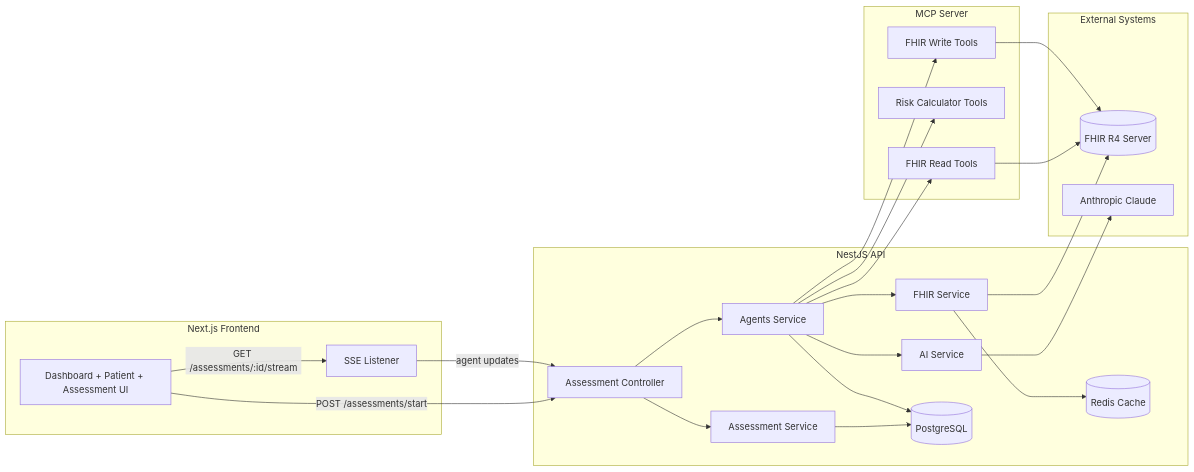
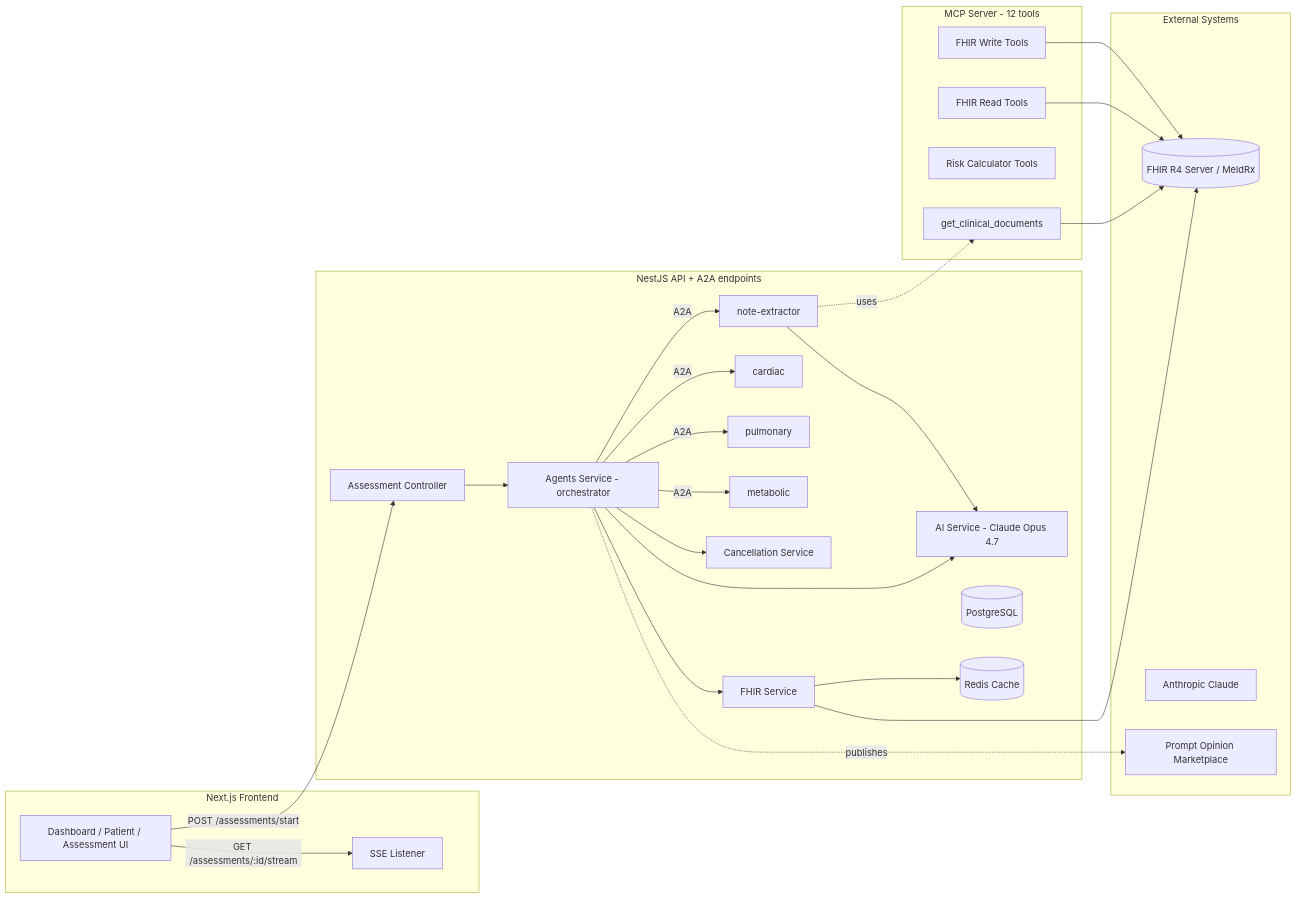
The diagram in README.md (yatinkalra22/preop-intel), drawn with Mermaid before and after one commit. The commit also changed other lines of this file and 5 other files, not shown here.

Commit message:
docs: add ARCHITECTURE, SETUP, TESTING, and DEPLOY standard docs

````diff
--- a/README.md
+++ b/README.md
@@ -7,51 +17,50 @@
 ```mermaid
 flowchart LR
     subgraph Frontend[Next.js Frontend]
-      UI[Dashboard + Patient + Assessment UI]
+      UI[Dashboard / Patient / Assessment UI]
       SSE[SSE Listener]
     end
 
-    subgraph Backend[NestJS API]
+    subgraph Backend[NestJS API + A2A endpoints]
       AC[Assessment Controller]
-      AS[Assessment Service]
-      AG[Agents Service]
-      AI[AI Service]
+      AG[Agents Service - orchestrator]
+      NX[note-extractor]
+      CD[cardiac]
+      PL[pulmonary]
+      MB[metabolic]
+      AI[AI Service - Claude Opus 4.7]
+      CN[Cancellation Service]
       FH[FHIR Service]
       DB[(PostgreSQL)]
       RD[(Redis Cache)]
     end
 
-    subgraph MCP[MCP Server]
+    subgraph MCP[MCP Server - 12 tools]
+      DOC[get_clinical_documents]
       RT[FHIR Read Tools]
       CT[Risk Calculator Tools]
       WT[FHIR Write Tools]
     end
 
     subgraph External[External Systems]
-      FS[(FHIR R4 Server)]
+      FS[(FHIR R4 Server / MeldRx)]
       AN[Anthropic Claude]
+      MK[Prompt Opinion Marketplace]
     end
 
     UI -->|POST /assessments/start| AC
     UI -->|GET /assessments/:id/stream| SSE
-    SSE -->|agent updates| AC
-
-    AC --> AS
-    AS --> DB
     AC --> AG
-
+    AG -- A2A --> NX & CD & PL & MB
+    AG --> AI
+    AG --> CN
+    NX --> AI
     AG --> FH
     FH --> RD
     FH --> FS
-
-    AG --> AI
-    AI --> AN
-
-    AG --> DB
-    AG --> RT
-    AG --> CT
-    AG --> WT
-
+    DOC --> FS
     RT --> FS
     WT --> FS
+    NX -. uses .-> DOC
+    AG -.publishes.-> MK
 ```
````
